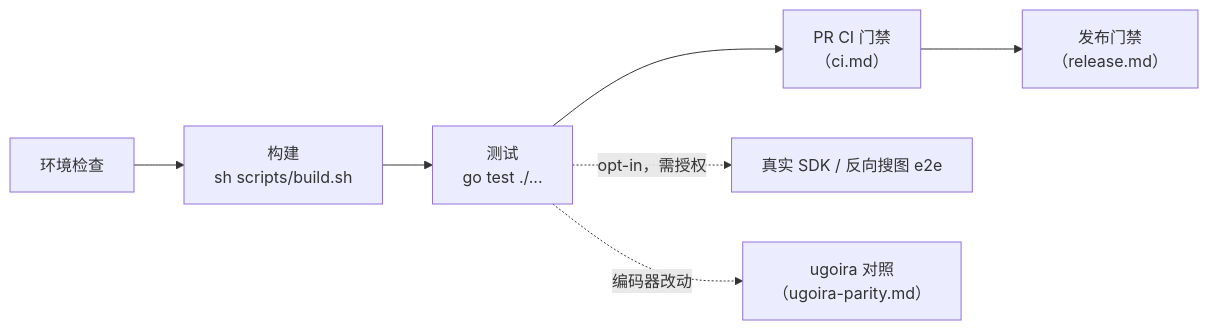
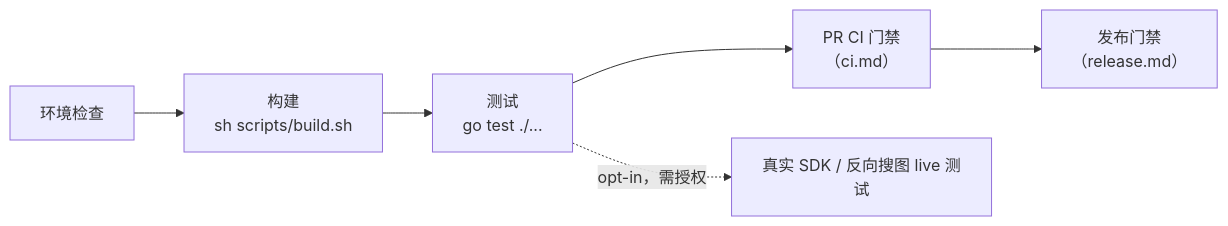
The first of 4 diagrams in docs/zh-CN/maintainers/development.md (FlanChanXwO/pixiv-cli), drawn with Mermaid before and after one commit. The commit also changed other lines of this file and 30 other files, not shown here.

````diff
--- a/docs/zh-CN/maintainers/development.md
+++ b/docs/zh-CN/maintainers/development.md
@@ -5,6 +5,5 @@
 ```mermaid
 flowchart LR
     E["环境检查"] --> B["构建<br/>sh scripts/build.sh"] --> T["测试<br/>go test ./..."] --> PR["PR CI 门禁<br/>（ci.md）"] --> REL["发布门禁<br/>（release.md）"]
-    T -. "opt-in，需授权" .-> E2E["真实 SDK / 反向搜图 e2e"]
-    T -. "编码器改动" .-> UP["ugoira 对照<br/>（ugoira-parity.md）"]
+    T -. "opt-in，需授权" .-> E2E["真实 SDK / 反向搜图 live 测试"]
 ```
````
